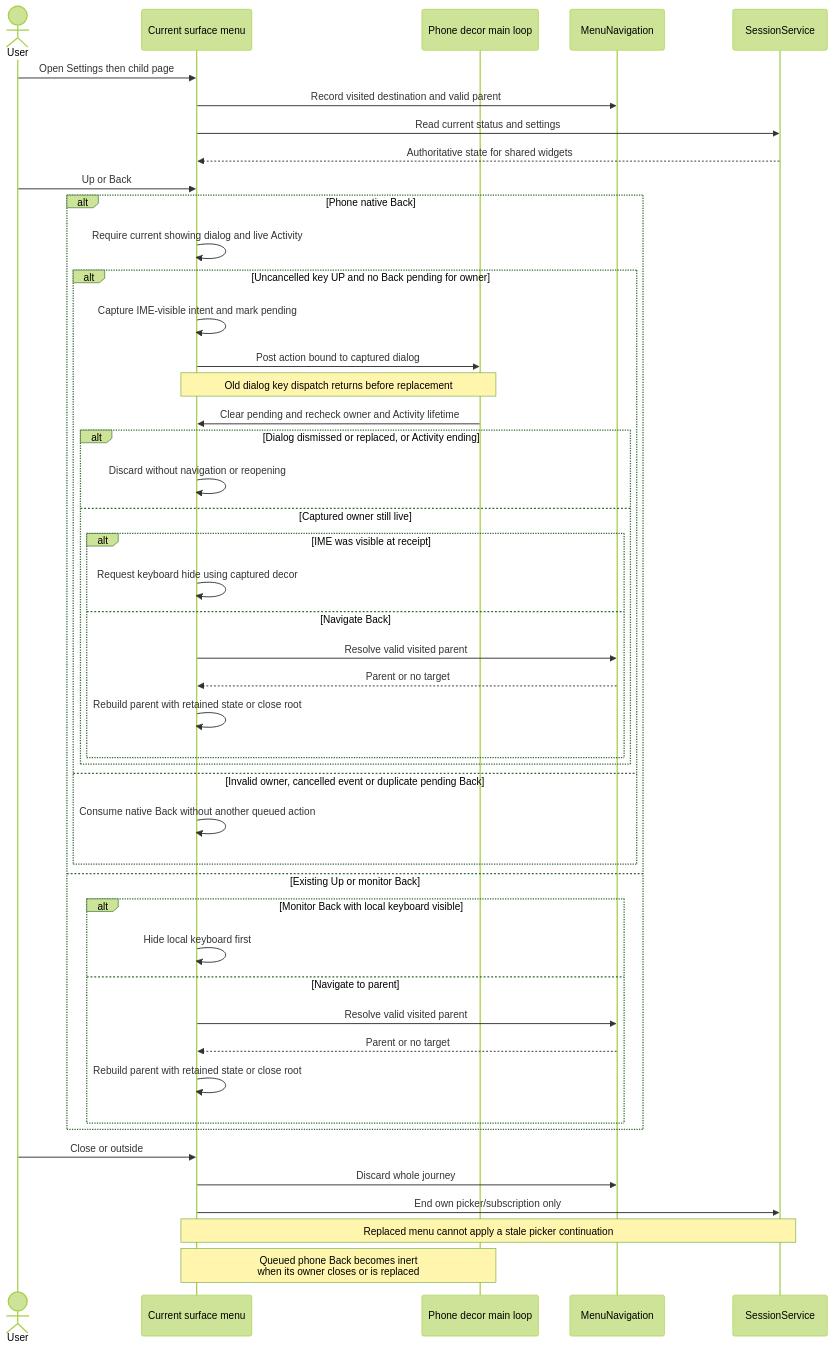
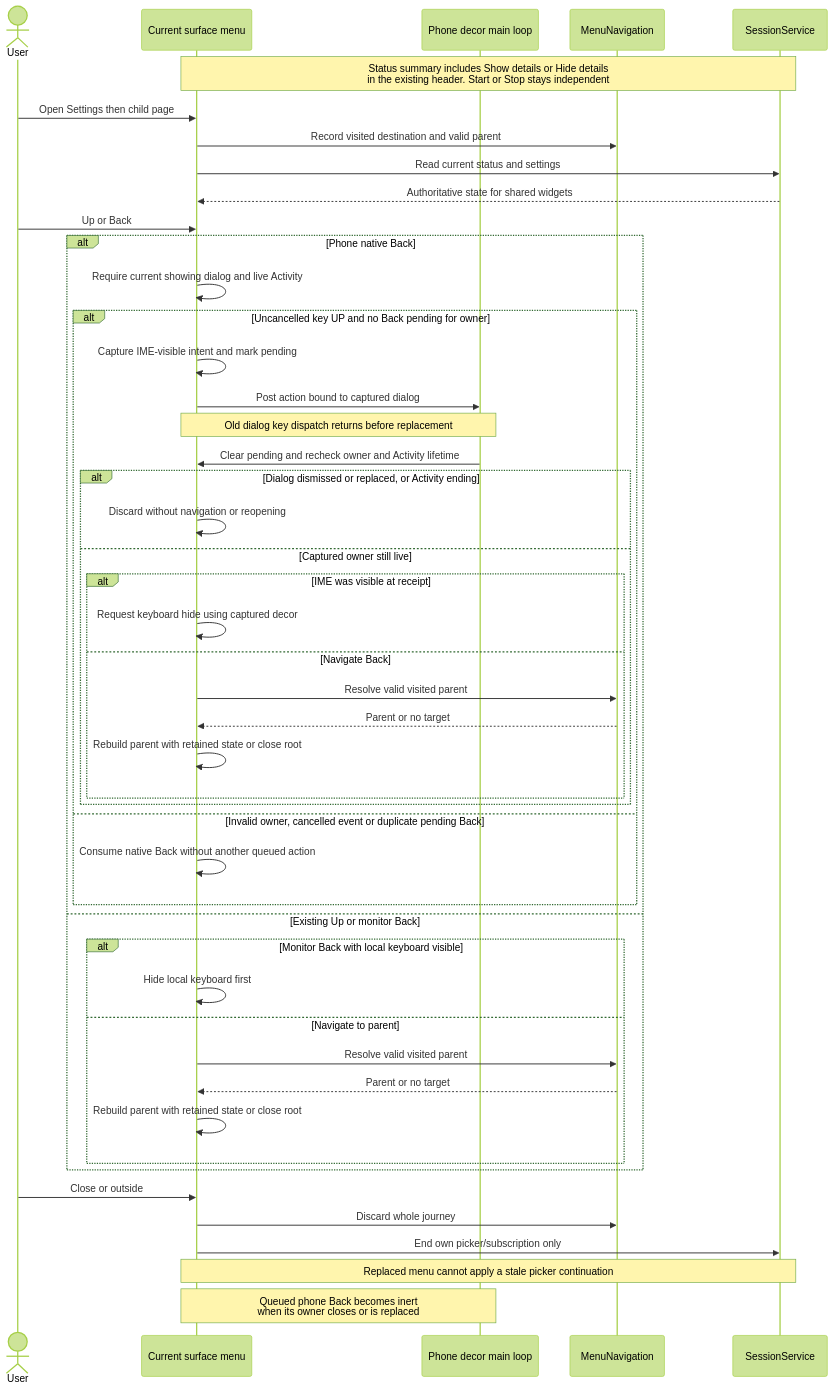
Before and after one commit to PhiLong-Ho/DexDroid: the second of 2 diagrams in docs/architecture/features/controller-ui.md, drawn with Mermaid (forest theme). The commit also changed other lines of this file and 21 other files, not shown here.

Commit message:
Replace status chevron with details text cue (#3)

````diff
--- a/docs/architecture/features/controller-ui.md
+++ b/docs/architecture/features/controller-ui.md
@@ -44,48 +47,49 @@
 ```mermaid
 sequenceDiagram
     actor User
     participant UI as Current surface menu
     participant Q as Phone decor main loop
     participant N as MenuNavigation
     participant S as SessionService
+    Note over UI,S: Status summary includes Show details or Hide details<br/>in the existing header. Start or Stop stays independent
     User->>UI: Open Settings then child page
     UI->>N: Record visited destination and valid parent
     UI->>S: Read current status and settings
     S-->>UI: Authoritative state for shared widgets
     User->>UI: Up or Back
     alt Phone native Back
         UI->>UI: Require current showing dialog and live Activity
         alt Uncancelled key UP and no Back pending for owner
             UI->>UI: Capture IME-visible intent and mark pending
             UI->>Q: Post action bound to captured dialog
             Note over UI,Q: Old dialog key dispatch returns before replacement
             Q->>UI: Clear pending and recheck owner and Activity lifetime
             alt Dialog dismissed or replaced, or Activity ending
                 UI->>UI: Discard without navigation or reopening
             else Captured owner still live
                 alt IME was visible at receipt
                     UI->>UI: Request keyboard hide using captured decor
                 else Navigate Back
                     UI->>N: Resolve valid visited parent
                     N-->>UI: Parent or no target
                     UI->>UI: Rebuild parent with retained state or close root
                 end
             end
         else Invalid owner, cancelled event or duplicate pending Back
             UI->>UI: Consume native Back without another queued action
         end
     else Existing Up or monitor Back
         alt Monitor Back with local keyboard visible
             UI->>UI: Hide local keyboard first
         else Navigate to parent
             UI->>N: Resolve valid visited parent
             N-->>UI: Parent or no target
             UI->>UI: Rebuild parent with retained state or close root
         end
     end
     User->>UI: Close or outside
     UI->>N: Discard whole journey
     UI->>S: End own picker/subscription only
     Note over UI,S: Replaced menu cannot apply a stale picker continuation
     Note over UI,Q: Queued phone Back becomes inert<br/>when its owner closes or is replaced
 ```
````
